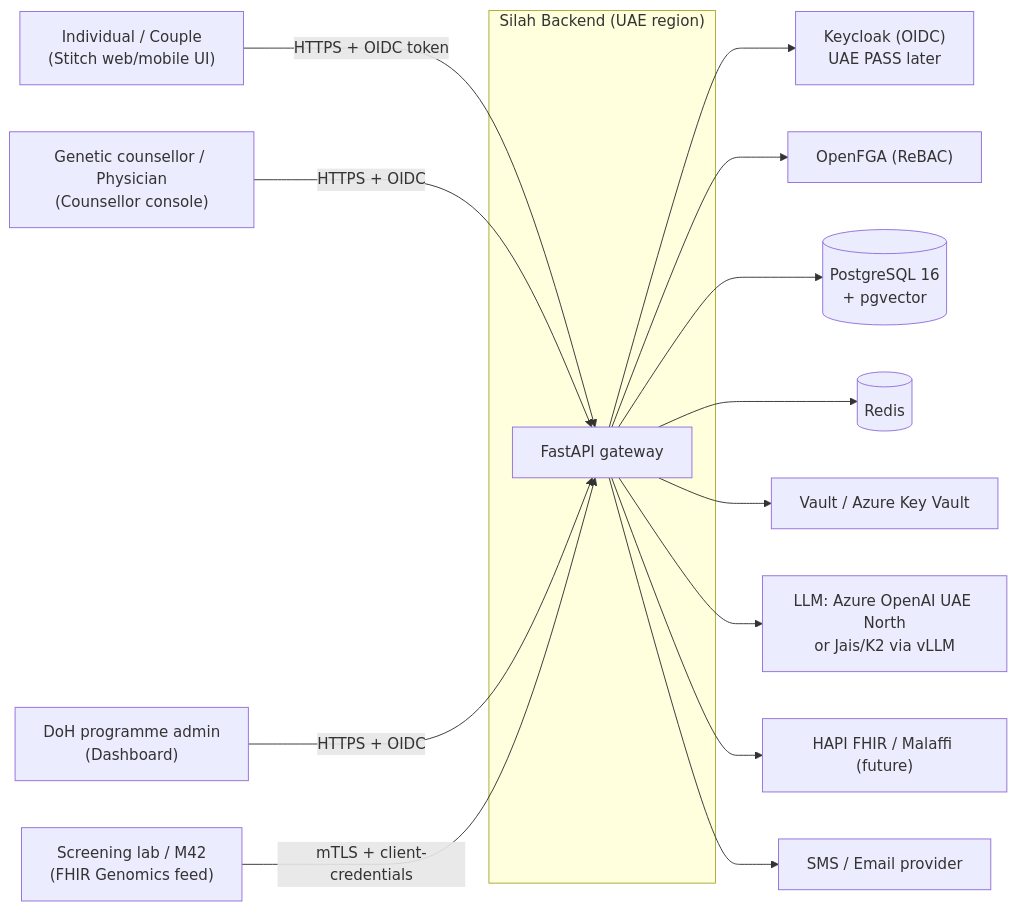
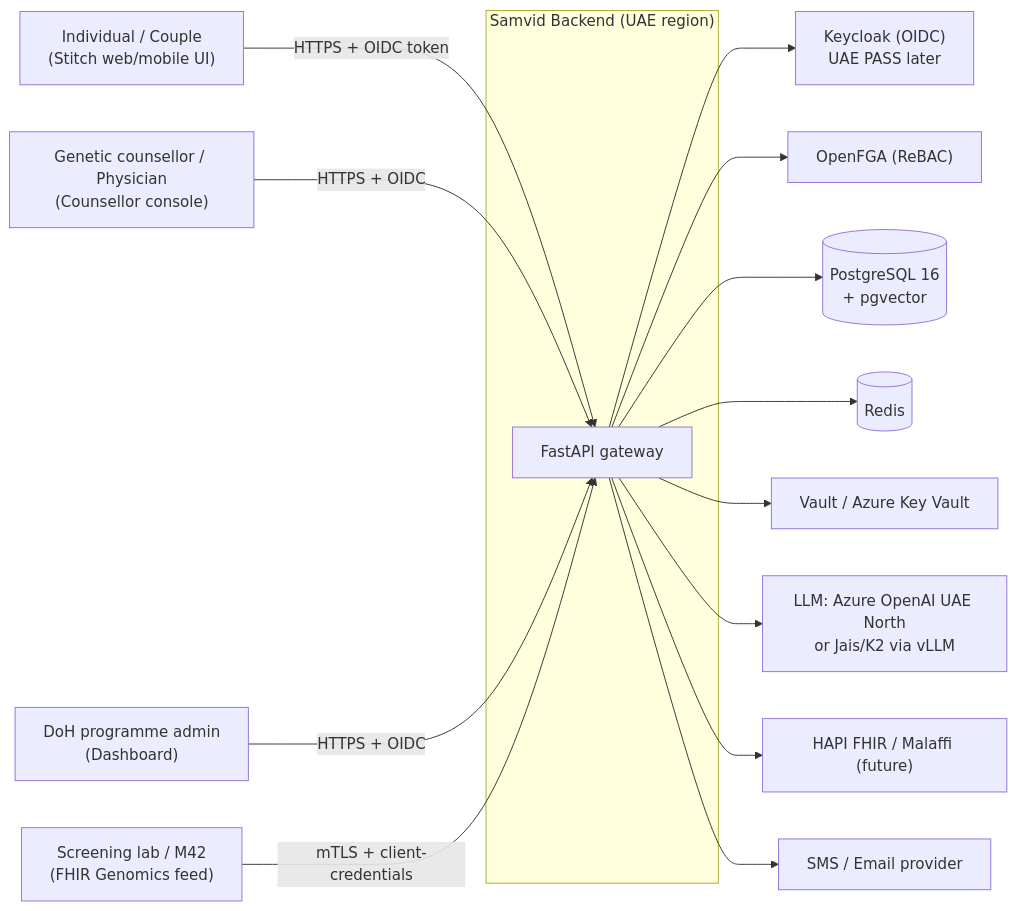
Before and after one commit to YaduvanshiHimanshunfsu/Future-Health-Digital-Innovation-Challenge: the first of 12 diagrams in docs/backend.md, drawn with Mermaid. The commit also changed other lines of this file and 244 other files, not shown here.

````diff
--- a/docs/backend.md
+++ b/docs/backend.md
@@ -63,20 +65,20 @@
 ```mermaid
 flowchart LR
     U["Individual / Couple<br/>(Stitch web/mobile UI)"] -->|HTTPS + OIDC token| API
     C["Genetic counsellor / Physician<br/>(Counsellor console)"] -->|HTTPS + OIDC| API
     A["DoH programme admin<br/>(Dashboard)"] -->|HTTPS + OIDC| API
     LAB["Screening lab / M42<br/>(FHIR Genomics feed)"] -->|mTLS + client-credentials| API
 
-    subgraph SILAH["Silah Backend (UAE region)"]
+    subgraph SAMVID["Samvid Backend (UAE region)"]
         API["FastAPI gateway"]
     end
 
     API --> KC["Keycloak (OIDC)<br/>UAE PASS later"]
     API --> FGA["OpenFGA (ReBAC)"]
     API --> PG[("PostgreSQL 16<br/>+ pgvector")]
     API --> RD[("Redis")]
     API --> KMS["Vault / Azure Key Vault"]
     API --> LLM["LLM: Azure OpenAI UAE North<br/>or Jais/K2 via vLLM"]
     API --> FHIR["HAPI FHIR / Malaffi (future)"]
     API --> NOTIF["SMS / Email provider"]
 ```
````
